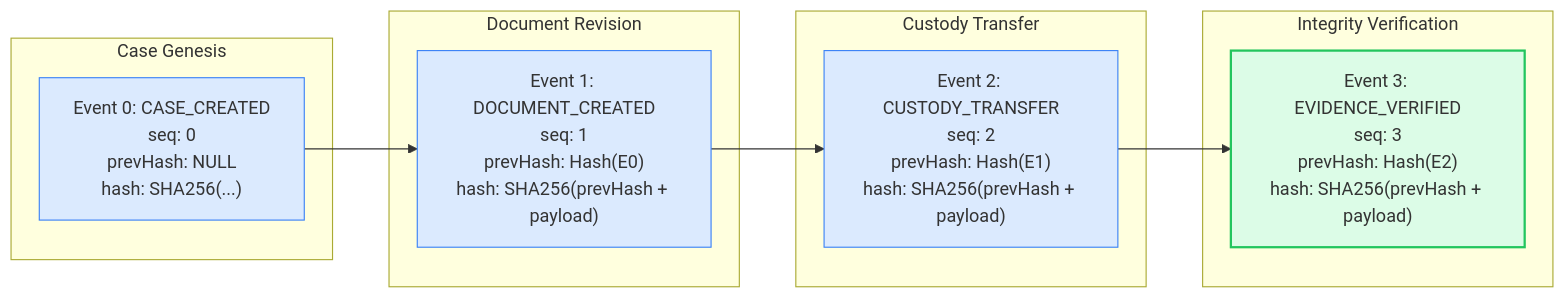
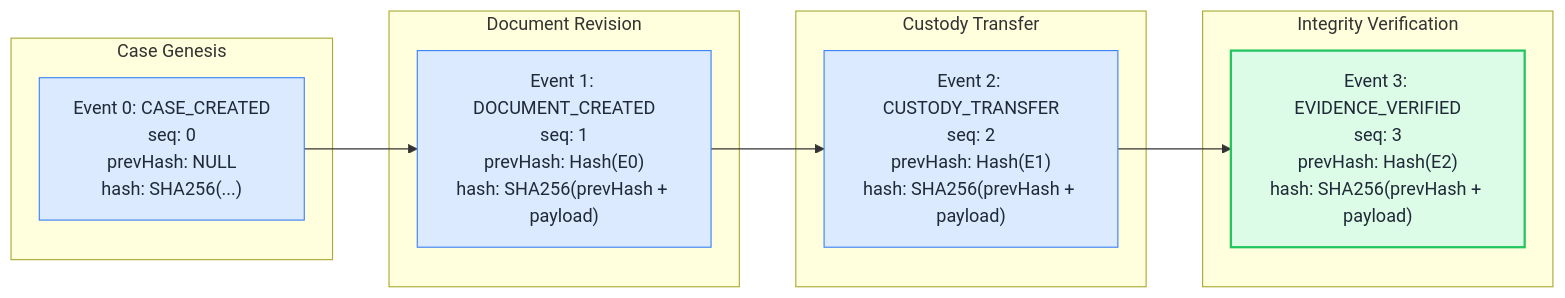
The fifth of 6 diagrams in README.md (MasirJafri1/sdems-evidence-management-system), drawn with Mermaid before and after one commit. The commit also changed other lines of this file, not shown here.

````diff
--- a/README.md
+++ b/README.md
@@ -284,24 +290,24 @@
 ```mermaid
 graph LR
     subgraph "Case Genesis"
         E0["Event 0: CASE_CREATED<br>seq: 0<br>prevHash: NULL<br>hash: SHA256(...)"]
     end
     subgraph "Document Revision"
         E1["Event 1: DOCUMENT_CREATED<br>seq: 1<br>prevHash: Hash(E0)<br>hash: SHA256(prevHash + payload)"]
     end
     subgraph "Custody Transfer"
         E2["Event 2: CUSTODY_TRANSFER<br>seq: 2<br>prevHash: Hash(E1)<br>hash: SHA256(prevHash + payload)"]
     end
     subgraph "Integrity Verification"
         E3["Event 3: EVIDENCE_VERIFIED<br>seq: 3<br>prevHash: Hash(E2)<br>hash: SHA256(prevHash + payload)"]
     end
 
     E0 --> E1
     E1 --> E2
     E2 --> E3
 
-    style E0 fill:#dbeafe,stroke:#3b82f6,stroke-width:1px
-    style E1 fill:#dbeafe,stroke:#3b82f6,stroke-width:1px
-    style E2 fill:#dbeafe,stroke:#3b82f6,stroke-width:1px
-    style E3 fill:#dcfce7,stroke:#22c55e,stroke-width:2px
+    style E0 fill:#dbeafe,stroke:#3b82f6,stroke-width:1px,color:#1f2937
+    style E1 fill:#dbeafe,stroke:#3b82f6,stroke-width:1px,color:#1f2937
+    style E2 fill:#dbeafe,stroke:#3b82f6,stroke-width:1px,color:#1f2937
+    style E3 fill:#dcfce7,stroke:#22c55e,stroke-width:2px,color:#1f2937
 ```
````
